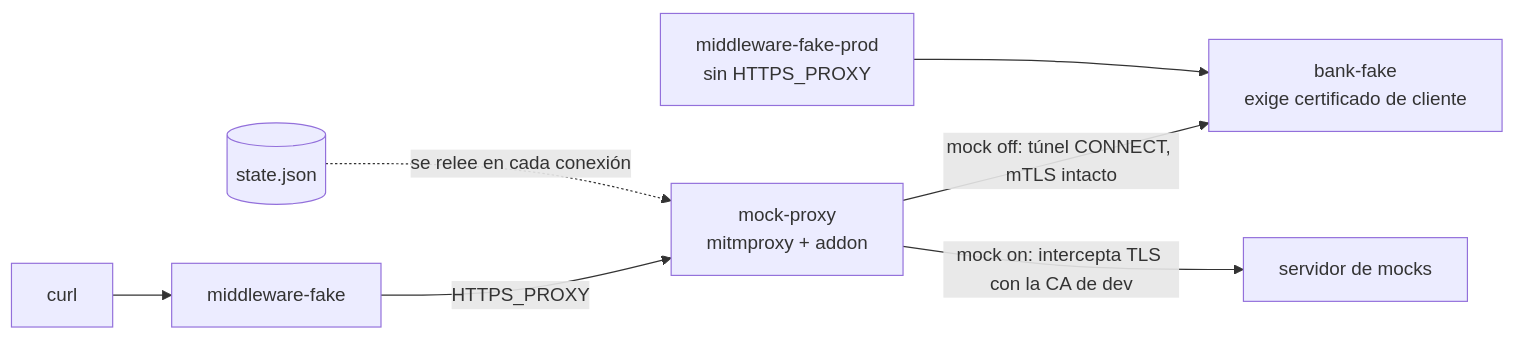
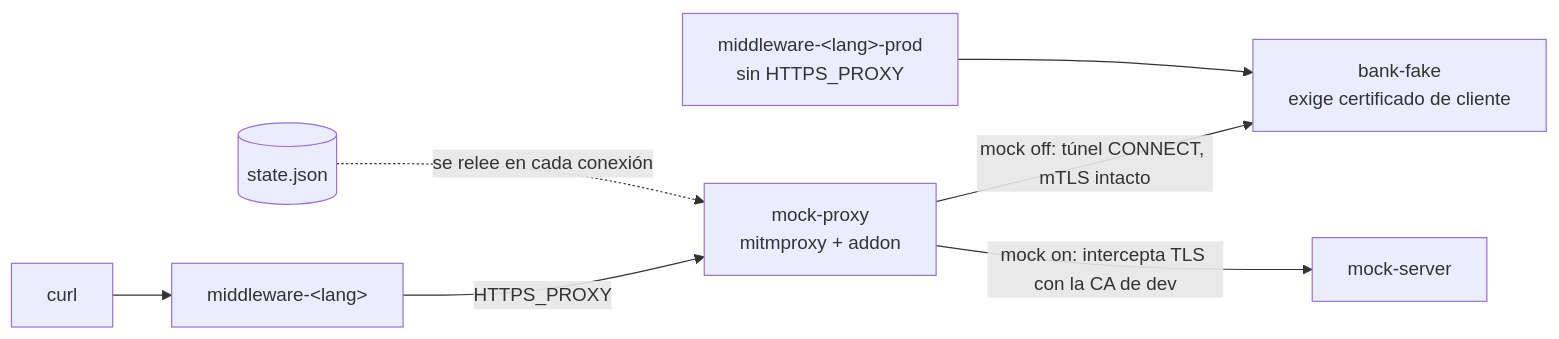
One commit to germankuber/poc-mock-proxy changed the first of 3 diagrams in README.md. Above: the diagram before and after it, drawn with Mermaid. The commit also changed other lines of this file and 23 other files, not shown here.

````diff
--- a/README.md
+++ b/README.md
@@ -9,9 +34,9 @@
 ```mermaid
 flowchart LR
-    client[curl] --> mw[middleware-fake]
+    client[curl] --> mw["middleware-#lt;lang#gt;"]
     mw -- "HTTPS_PROXY" --> proxy[mock-proxy<br/>mitmproxy + addon]
     proxy -- "mock off: túnel CONNECT, mTLS intacto" --> bank[bank-fake<br/>exige certificado de cliente]
-    proxy -- "mock on: intercepta TLS con la CA de dev" --> mocks[servidor de mocks]
+    proxy -- "mock on: intercepta TLS con la CA de dev" --> mocks[mock-server]
     state[(state.json)] -. "se relee en cada conexión" .-> proxy
-    prod[middleware-fake-prod<br/>sin HTTPS_PROXY] --> bank
+    prod["middleware-#lt;lang#gt;-prod<br/>sin HTTPS_PROXY"] --> bank
 ```
````
